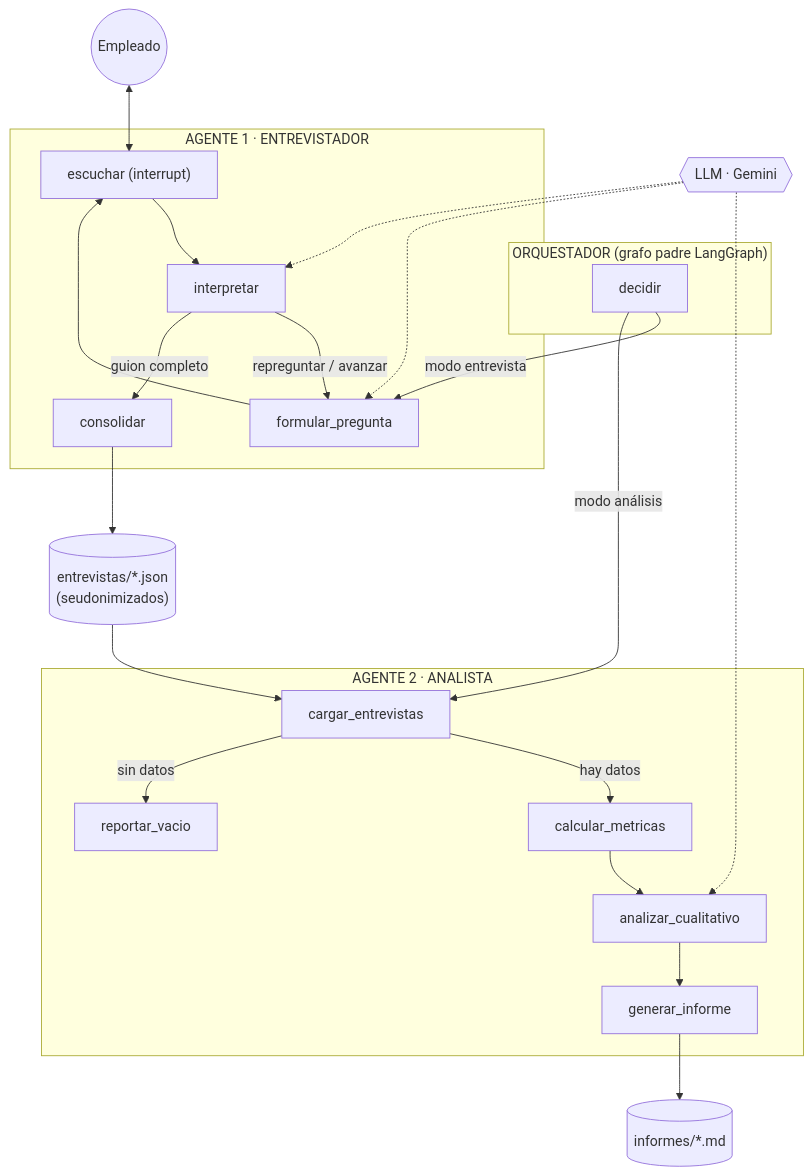
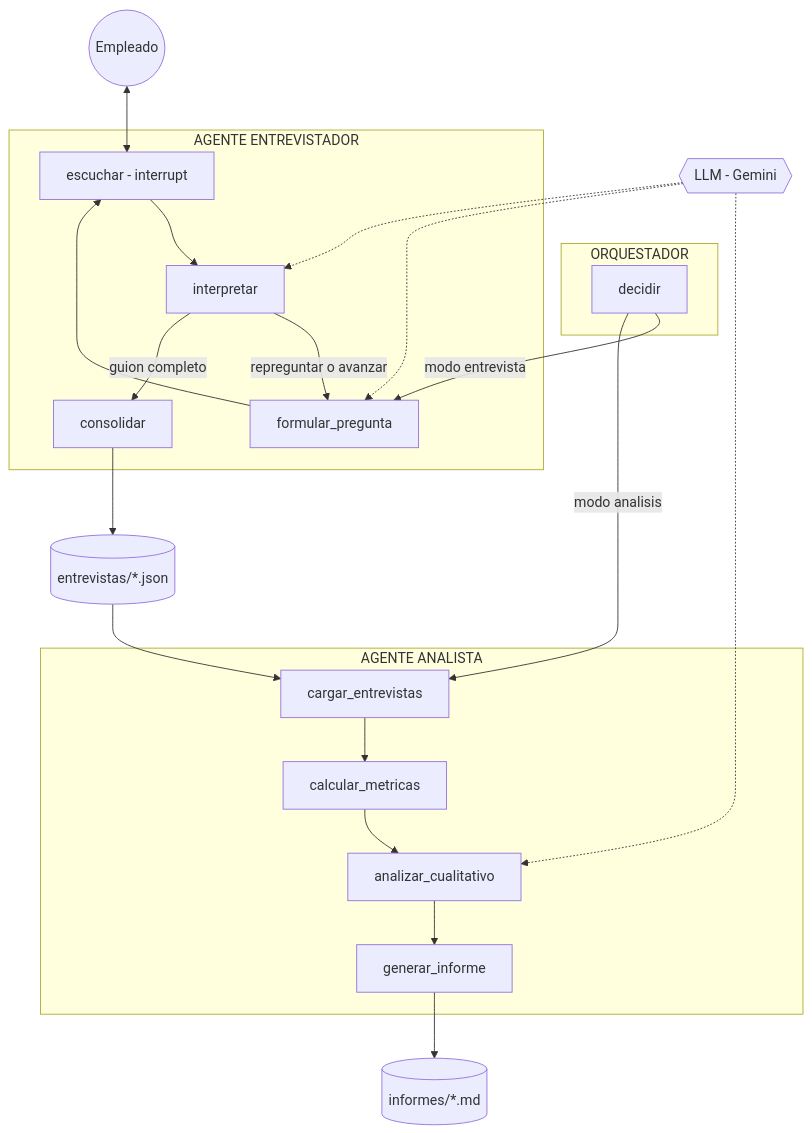
The diagram in README.md (kucko/Prueba_Seti), drawn with Mermaid before and after one commit. The commit also changed other lines of this file, not shown here.

````diff
--- a/README.md
+++ b/README.md
@@ -35,33 +43,32 @@
 ```mermaid
 flowchart TB
     U((Empleado))
-    LLM{{"LLM · Gemini"}}
+    LLM{{"LLM - Gemini"}}
 
-    subgraph ORQ["ORQUESTADOR (grafo padre LangGraph)"]
+    subgraph ORQ["ORQUESTADOR"]
         D[decidir]
     end
 
-    subgraph A1["AGENTE 1 · ENTREVISTADOR"]
-        F[formular_pregunta] --> E["escuchar (interrupt)"]
+    subgraph A1["AGENTE ENTREVISTADOR"]
+        F[formular_pregunta] --> E["escuchar - interrupt"]
         E --> I[interpretar]
-        I -- "repreguntar / avanzar" --> F
+        I -- "repreguntar o avanzar" --> F
         I -- "guion completo" --> C[consolidar]
     end
 
-    subgraph A2["AGENTE 2 · ANALISTA"]
-        L[cargar_entrevistas] -- "hay datos" --> M[calcular_metricas]
-        L -- "sin datos" --> V[reportar_vacio]
+    subgraph A2["AGENTE ANALISTA"]
+        L[cargar_entrevistas] --> M[calcular_metricas]
         M --> Q[analizar_cualitativo]
         Q --> G[generar_informe]
     end
 
     D -- "modo entrevista" --> F
-    D -- "modo análisis" --> L
+    D -- "modo analisis" --> L
     U <--> E
-    C --> J[("entrevistas/*.json<br/>(seudonimizados)")]
+    C --> J[("entrevistas/*.json")]
     J --> L
     G --> R[("informes/*.md")]
     LLM -.-> F
     LLM -.-> I
     LLM -.-> Q
 ```
````
